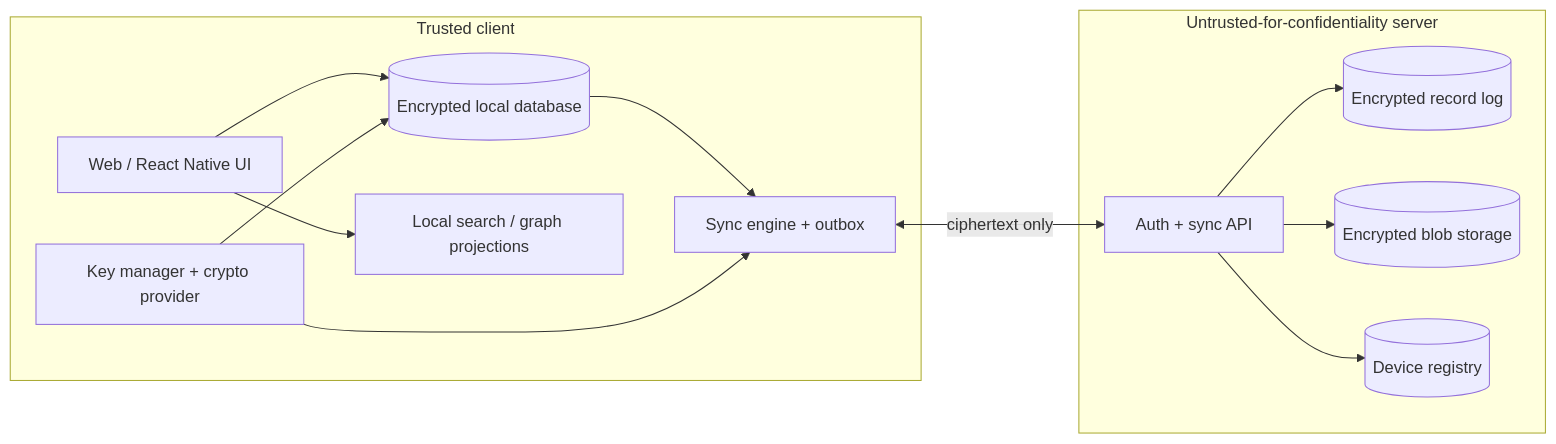
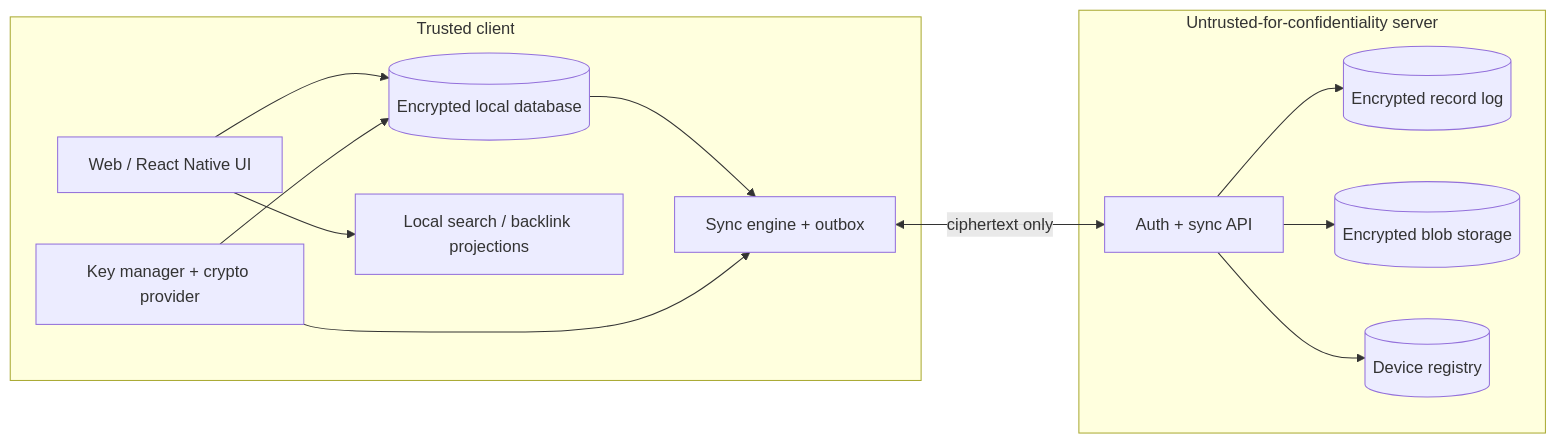
One commit to GiraffeGraph/giraffle changed the diagram in docs/architecture/e2ee/README.md. Above: the diagram before and after it, drawn with Mermaid. The commit also changed other lines of this file and 8 other files, not shown here.

````diff
--- a/docs/architecture/e2ee/README.md
+++ b/docs/architecture/e2ee/README.md
@@ -28,27 +28,27 @@
 ```mermaid
 flowchart LR
     subgraph Client[Trusted client]
       UI[Web / React Native UI]
       DB[(Encrypted local database)]
       Crypto[Key manager + crypto provider]
       Sync[Sync engine + outbox]
-      Index[Local search / graph projections]
+      Index[Local search / backlink projections]
       UI --> DB
       UI --> Index
       DB --> Sync
       Crypto --> DB
       Crypto --> Sync
     end
 
     subgraph Server[Untrusted-for-confidentiality server]
       API[Auth + sync API]
       Log[(Encrypted record log)]
       Blob[(Encrypted blob storage)]
       Devices[(Device registry)]
       API --> Log
       API --> Blob
       API --> Devices
     end
 
     Sync <-->|ciphertext only| API
 ```
````
